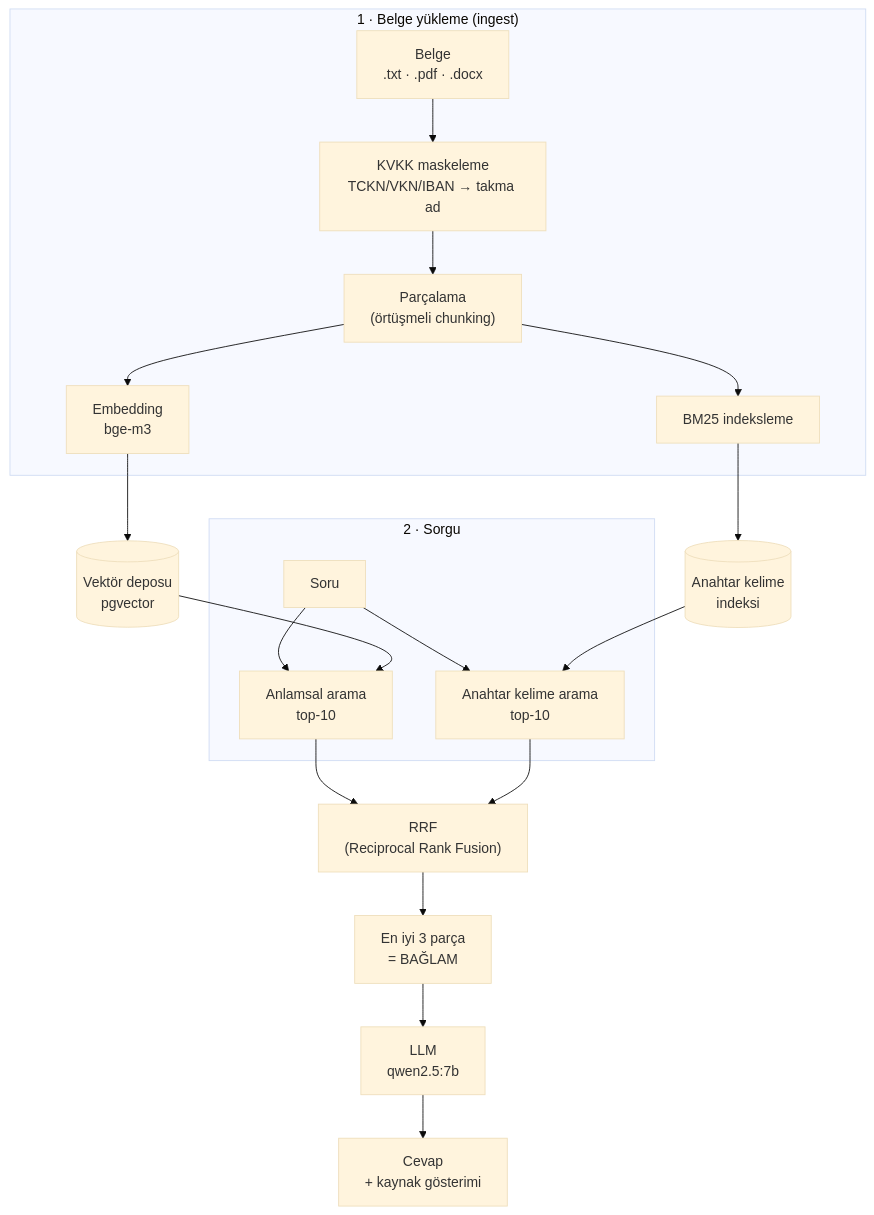
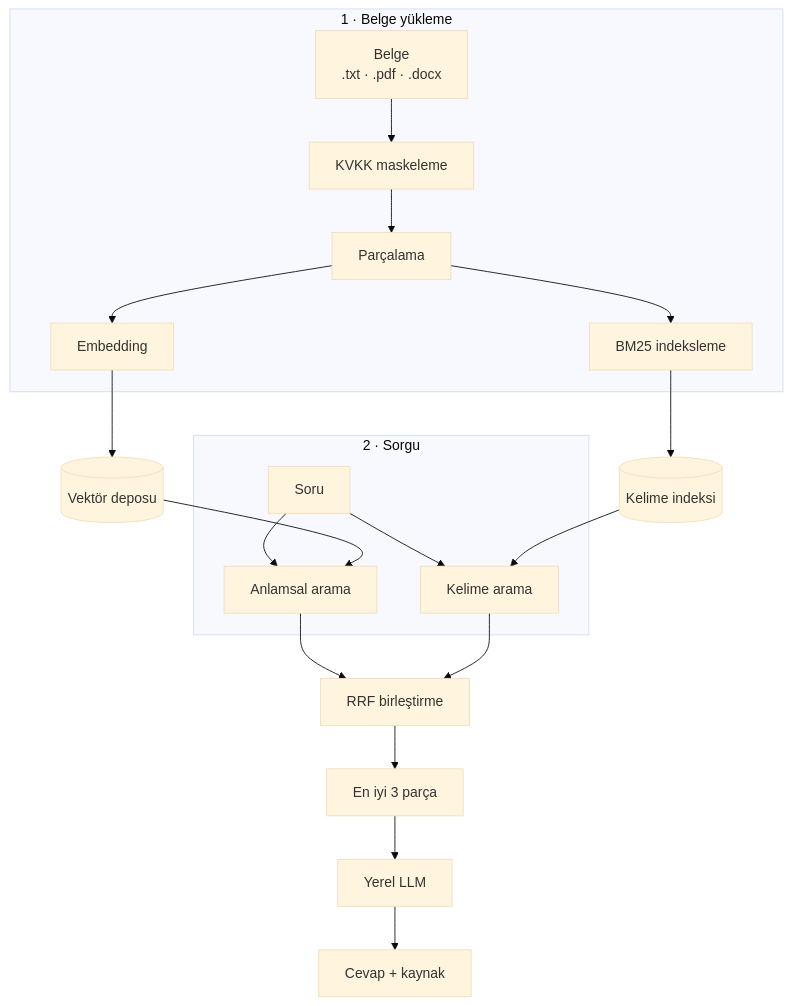
Before and after one commit to selimdogann/arsiv-zekasi-graphrag: the second of 2 diagrams in README.md, drawn with Mermaid (base theme). The commit also changed other lines of this file and 3 other files, not shown here.

````diff
--- a/README.md
+++ b/README.md
@@ -88,25 +138,25 @@
 ```mermaid
 flowchart TD
-    subgraph ING["1 · Belge yükleme (ingest)"]
-        DOC["Belge<br/>.txt · .pdf · .docx"] --> PII["KVKK maskeleme<br/>TCKN/VKN/IBAN → takma ad"]
-        PII --> CHK["Parçalama<br/>(örtüşmeli chunking)"]
-        CHK --> EMB["Embedding<br/>bge-m3"]
+    subgraph ING["1 · Belge yükleme"]
+        DOC["Belge<br/>.txt · .pdf · .docx"] --> PII["KVKK maskeleme"]
+        PII --> CHK["Parçalama"]
+        CHK --> EMB["Embedding"]
         CHK --> BMI["BM25 indeksleme"]
     end
 
-    EMB --> VS[("Vektör deposu<br/>pgvector")]
-    BMI --> KS[("Anahtar kelime<br/>indeksi")]
+    EMB --> VS[("Vektör deposu")]
+    BMI --> KS[("Kelime indeksi")]
 
     subgraph SOR["2 · Sorgu"]
-        Q["Soru"] --> QV["Anlamsal arama<br/>top-10"]
-        Q --> QK["Anahtar kelime arama<br/>top-10"]
+        Q["Soru"] --> QV["Anlamsal arama"]
+        Q --> QK["Kelime arama"]
     end
 
     VS --> QV
     KS --> QK
-    QV --> RRF["RRF<br/>(Reciprocal Rank Fusion)"]
+    QV --> RRF["RRF birleştirme"]
     QK --> RRF
-    RRF --> CTX["En iyi 3 parça<br/>= BAĞLAM"]
-    CTX --> LLM["LLM<br/>qwen2.5:7b"]
-    LLM --> ANS["Cevap<br/>+ kaynak gösterimi"]
+    RRF --> CTX["En iyi 3 parça"]
+    CTX --> LLM["Yerel LLM"]
+    LLM --> ANS["Cevap + kaynak"]
 ```
````
